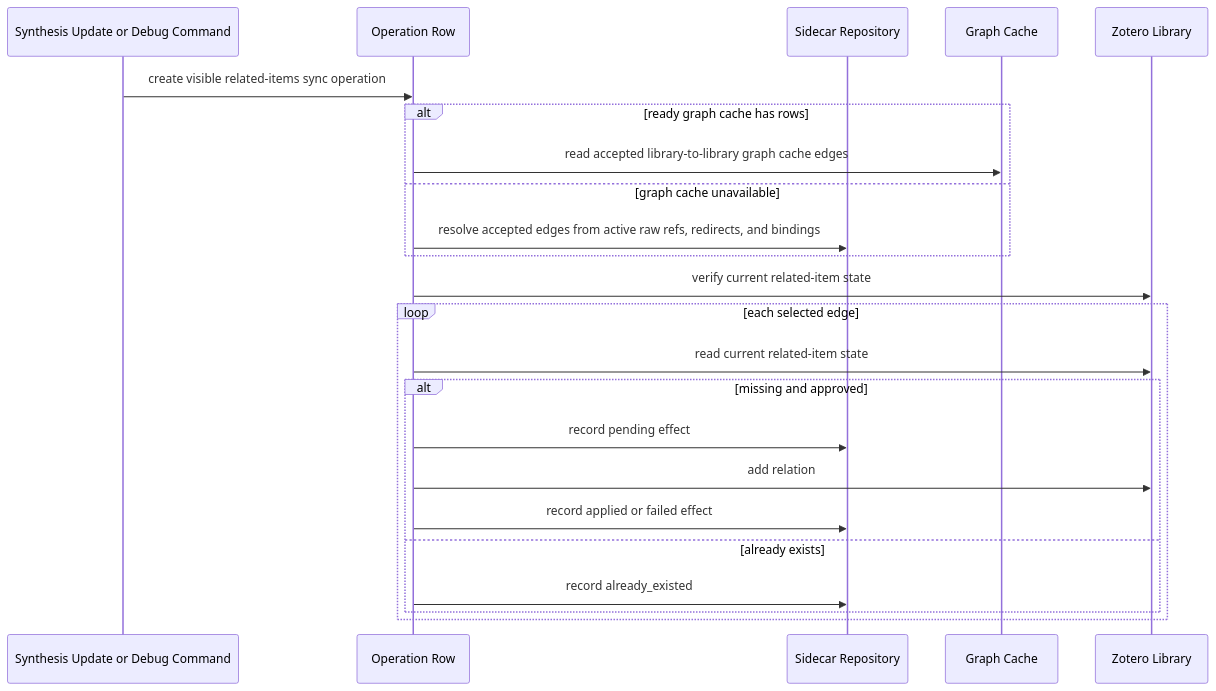
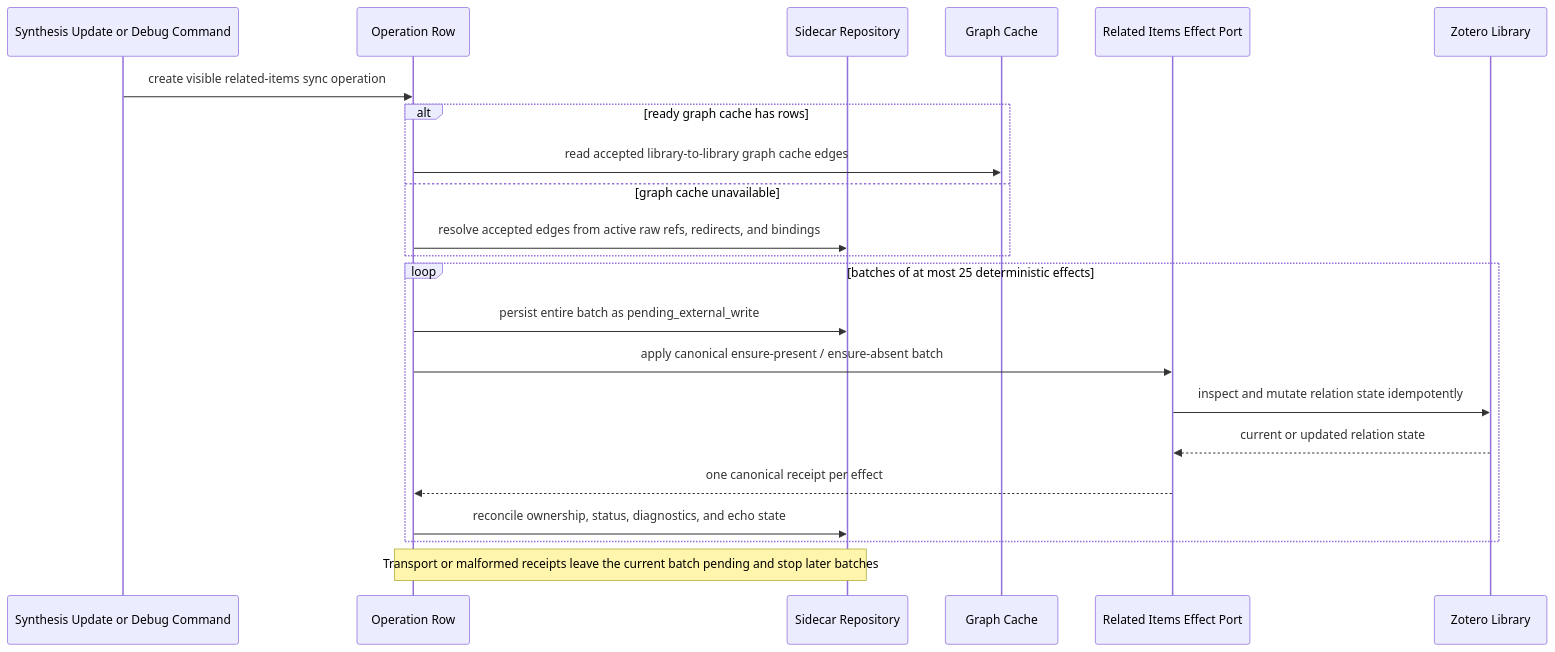
Before and after one commit to leike0813/zotero-agents: the seventh of 9 diagrams in doc/synthesis-layer/sequences.md, drawn with Mermaid. The commit also changed 16 other files, not shown here.

````diff
--- a/doc/synthesis-layer/sequences.md
+++ b/doc/synthesis-layer/sequences.md
@@ -195,26 +195,25 @@
 ```mermaid
 sequenceDiagram
   participant U as Synthesis Update or Debug Command
   participant O as Operation Row
   participant S as Sidecar Repository
   participant G as Graph Cache
+  participant H as Related Items Effect Port
   participant Z as Zotero Library
 
   U->>O: create visible related-items sync operation
   alt ready graph cache has rows
     O->>G: read accepted library-to-library graph cache edges
   else graph cache unavailable
     O->>S: resolve accepted edges from active raw refs, redirects, and bindings
   end
-  O->>Z: verify current related-item state
-  loop each selected edge
-    O->>Z: read current related-item state
-    alt missing and approved
-      O->>S: record pending effect
-      O->>Z: add relation
-      O->>S: record applied or failed effect
-    else already exists
-      O->>S: record already_existed
-    end
+  loop batches of at most 25 deterministic effects
+    O->>S: persist entire batch as pending_external_write
+    O->>H: apply canonical ensure-present / ensure-absent batch
+    H->>Z: inspect and mutate relation state idempotently
+    Z-->>H: current or updated relation state
+    H-->>O: one canonical receipt per effect
+    O->>S: reconcile ownership, status, diagnostics, and echo state
   end
+  Note over O,S: Transport or malformed receipts leave the current batch pending and stop later batches
 ```
````
